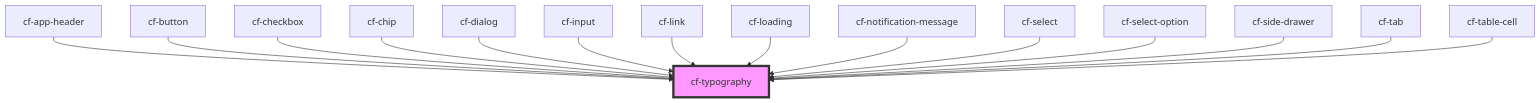
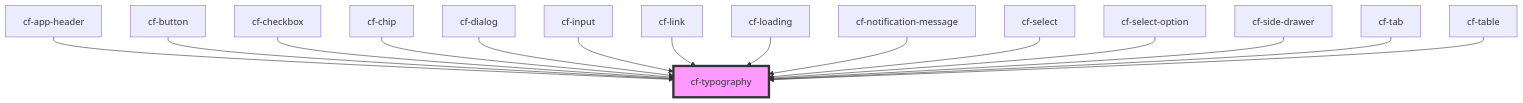
One commit to DriLLFreAK100/codefee-component changed the diagram in src/components/cf-typography/readme.md. Above: the diagram before and after it, drawn with Mermaid. The commit also changed other lines of this file and 9 other files, not shown here.

````diff
--- a/src/components/cf-typography/readme.md
+++ b/src/components/cf-typography/readme.md
@@ -37,18 +37,18 @@
 ```mermaid
 graph TD;
   cf-app-header --> cf-typography
   cf-button --> cf-typography
   cf-checkbox --> cf-typography
   cf-chip --> cf-typography
   cf-dialog --> cf-typography
   cf-input --> cf-typography
   cf-link --> cf-typography
   cf-loading --> cf-typography
   cf-notification-message --> cf-typography
   cf-select --> cf-typography
   cf-select-option --> cf-typography
   cf-side-drawer --> cf-typography
   cf-tab --> cf-typography
-  cf-table-cell --> cf-typography
+  cf-table --> cf-typography
   style cf-typography fill:#f9f,stroke:#333,stroke-width:4px
 ```
````
